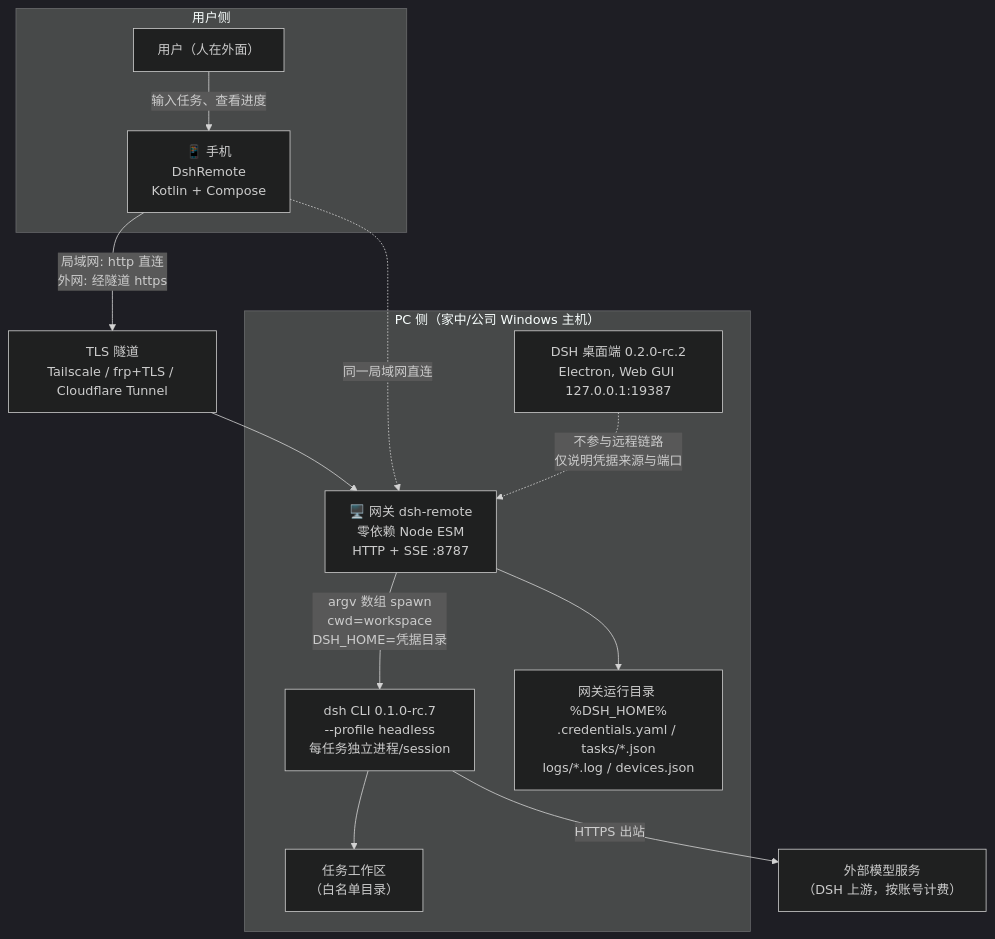
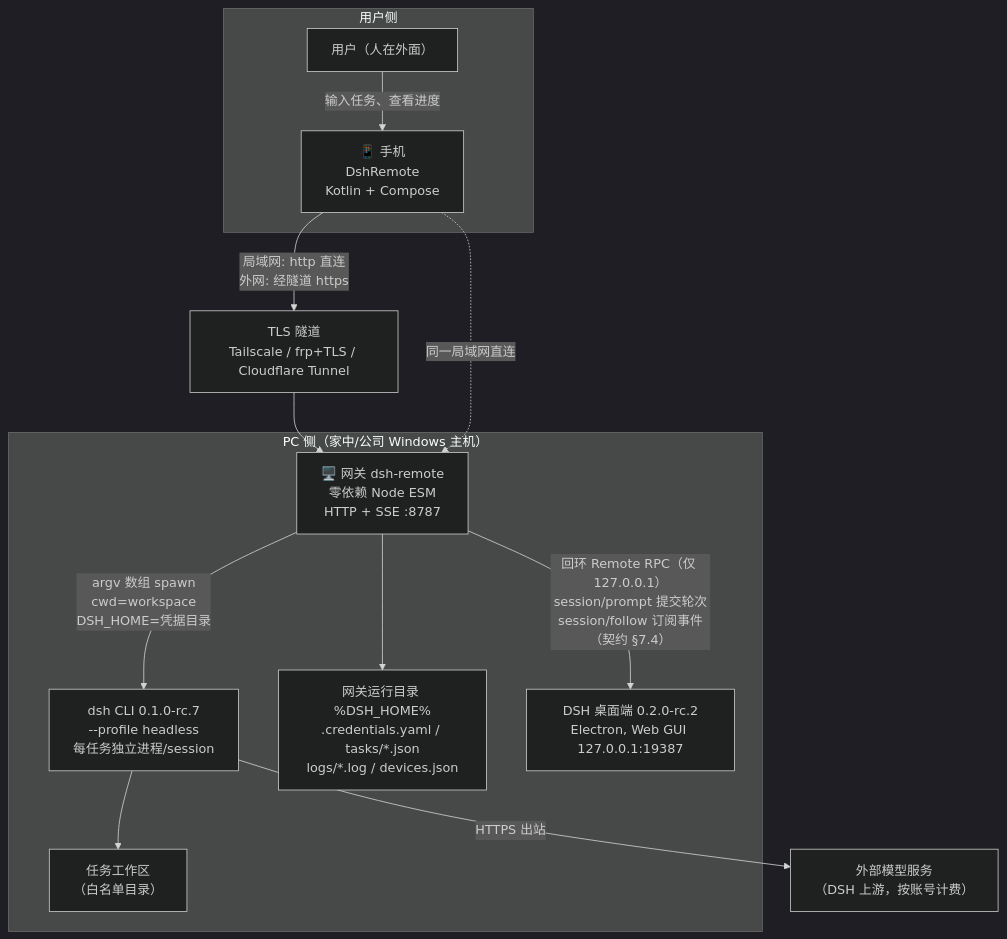
The first of 7 diagrams in docs/01-设计/概要设计.md (puthead/dsh-remote-android), drawn with Mermaid (dark theme) before and after one commit. The commit also changed other lines of this file and 26 other files, not shown here.

````diff
--- a/docs/01-设计/概要设计.md
+++ b/docs/01-设计/概要设计.md
@@ -30,28 +30,28 @@
 ```mermaid
 flowchart TB
   subgraph U["用户侧"]
     USR["用户（人在外面）"]
     PH["📱 手机<br/>DshRemote<br/>Kotlin + Compose"]
   end
 
   subgraph PC["PC 侧（家中/公司 Windows 主机）"]
     GW["🖥️ 网关 dsh-remote<br/>零依赖 Node ESM<br/>HTTP + SSE :8787"]
     CLI["dsh CLI 0.1.0-rc.7<br/>--profile headless<br/>每任务独立进程/session"]
     FS["任务工作区<br/>（白名单目录）"]
     HOMEDIR["网关运行目录 %DSH_HOME%<br/>.credentials.yaml / tasks/*.json<br/>logs/*.log / devices.json"]
     DESK["DSH 桌面端 0.2.0-rc.2<br/>Electron, Web GUI 127.0.0.1:19387"]
   end
 
   EXT["外部模型服务<br/>（DSH 上游，按账号计费）"]
   TUN["TLS 隧道<br/>Tailscale / frp+TLS / Cloudflare Tunnel"]
 
   USR -->|"输入任务、查看进度"| PH
   PH -->|"局域网: http 直连<br/>外网: 经隧道 https"| TUN
   TUN --> GW
   PH -.->|"同一局域网直连"| GW
   GW -->|"argv 数组 spawn<br/>cwd=workspace<br/>DSH_HOME=凭据目录"| CLI
   CLI --> FS
   GW --> HOMEDIR
   CLI -->|"HTTPS 出站"| EXT
-  DESK -.->|"不参与远程链路<br/>仅说明凭据来源与端口"| GW
+  GW -->|"回环 Remote RPC（仅 127.0.0.1）<br/>session/prompt 提交轮次<br/>session/follow 订阅事件（契约 §7.4）"| DESK
 ```
````
